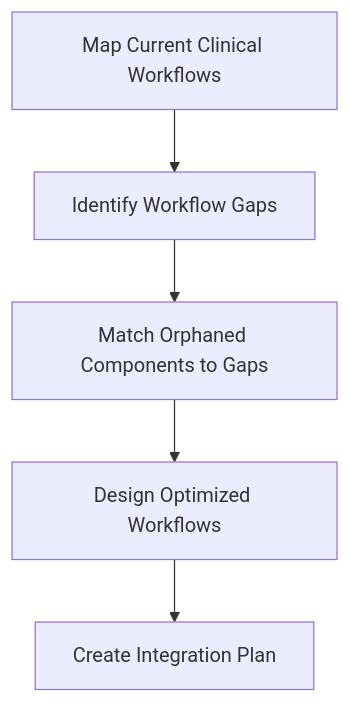
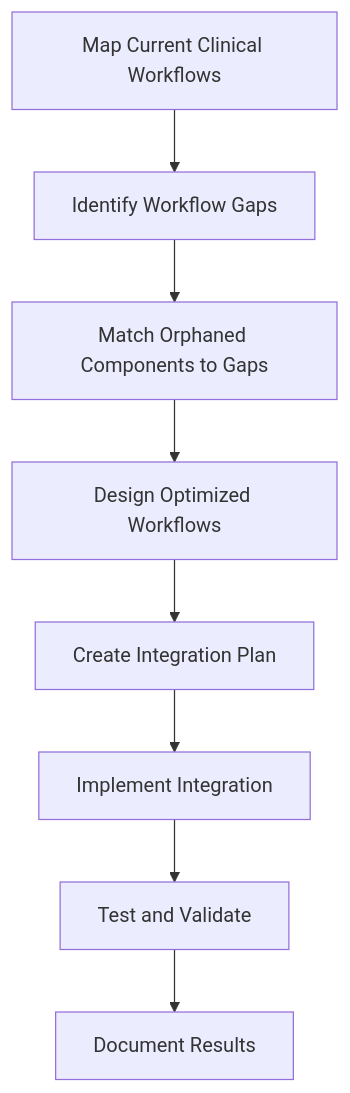
The third of 5 diagrams in OmniCare-EMR-Component-Analysis-Plan.md (rodaquino-OMNI/omni-emr-v2), drawn with Mermaid before and after one commit. The commit also changed other lines of this file, not shown here.

````diff
--- a/OmniCare-EMR-Component-Analysis-Plan.md
+++ b/OmniCare-EMR-Component-Analysis-Plan.md
@@ -557,7 +584,10 @@
 ```mermaid
 flowchart TD
     A[Map Current Clinical Workflows] --> B[Identify Workflow Gaps]
     B --> C[Match Orphaned Components to Gaps]
     C --> D[Design Optimized Workflows]
     D --> E[Create Integration Plan]
+    E --> F[Implement Integration]
+    F --> G[Test and Validate]
+    G --> H[Document Results]
 ```
````
